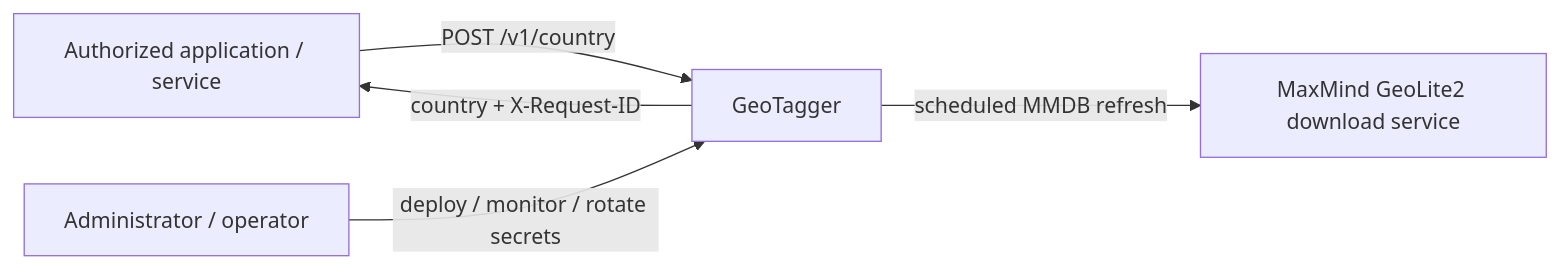
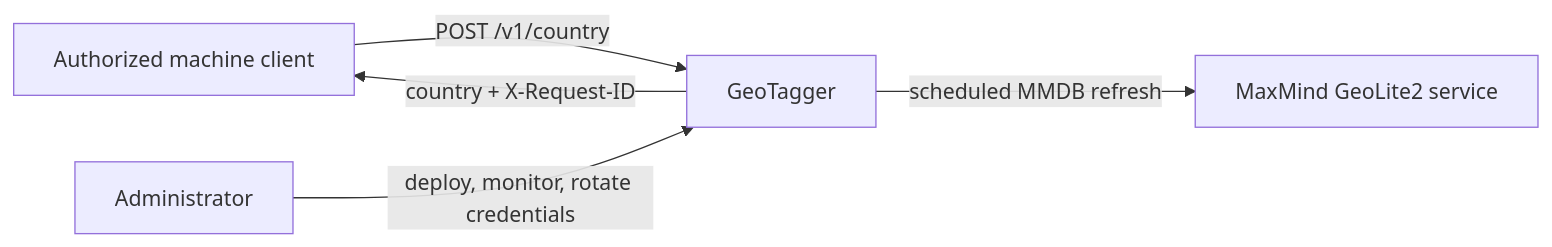
The first of 21 diagrams in docs/ARCHITECTURE.md (Jstarzz/geotagger), drawn with Mermaid before and after one commit. The commit also changed other lines of this file, not shown here.

Commit message:
docs: replace architecture diagrams with GitHub-safe Mermaid

````diff
--- a/docs/ARCHITECTURE.md
+++ b/docs/ARCHITECTURE.md
@@ -22,12 +28,7 @@
 ```mermaid
 flowchart LR
-    CLIENT[Authorized application / service]
-    GEO[GeoTagger]
-    MAXMIND[MaxMind GeoLite2 download service]
-    OPS[Administrator / operator]
-
-    CLIENT -->|POST /v1/country| GEO
-    GEO -->|country + X-Request-ID| CLIENT
-    GEO -->|scheduled MMDB refresh| MAXMIND
-    OPS -->|deploy / monitor / rotate secrets| GEO
+    CLIENT["Authorized machine client"] -->|"POST /v1/country"| GEO["GeoTagger"]
+    GEO -->|"country + X-Request-ID"| CLIENT
+    GEO -->|"scheduled MMDB refresh"| MAXMIND["MaxMind GeoLite2 service"]
+    OPS["Administrator"] -->|"deploy, monitor, rotate credentials"| GEO
 ```
````
